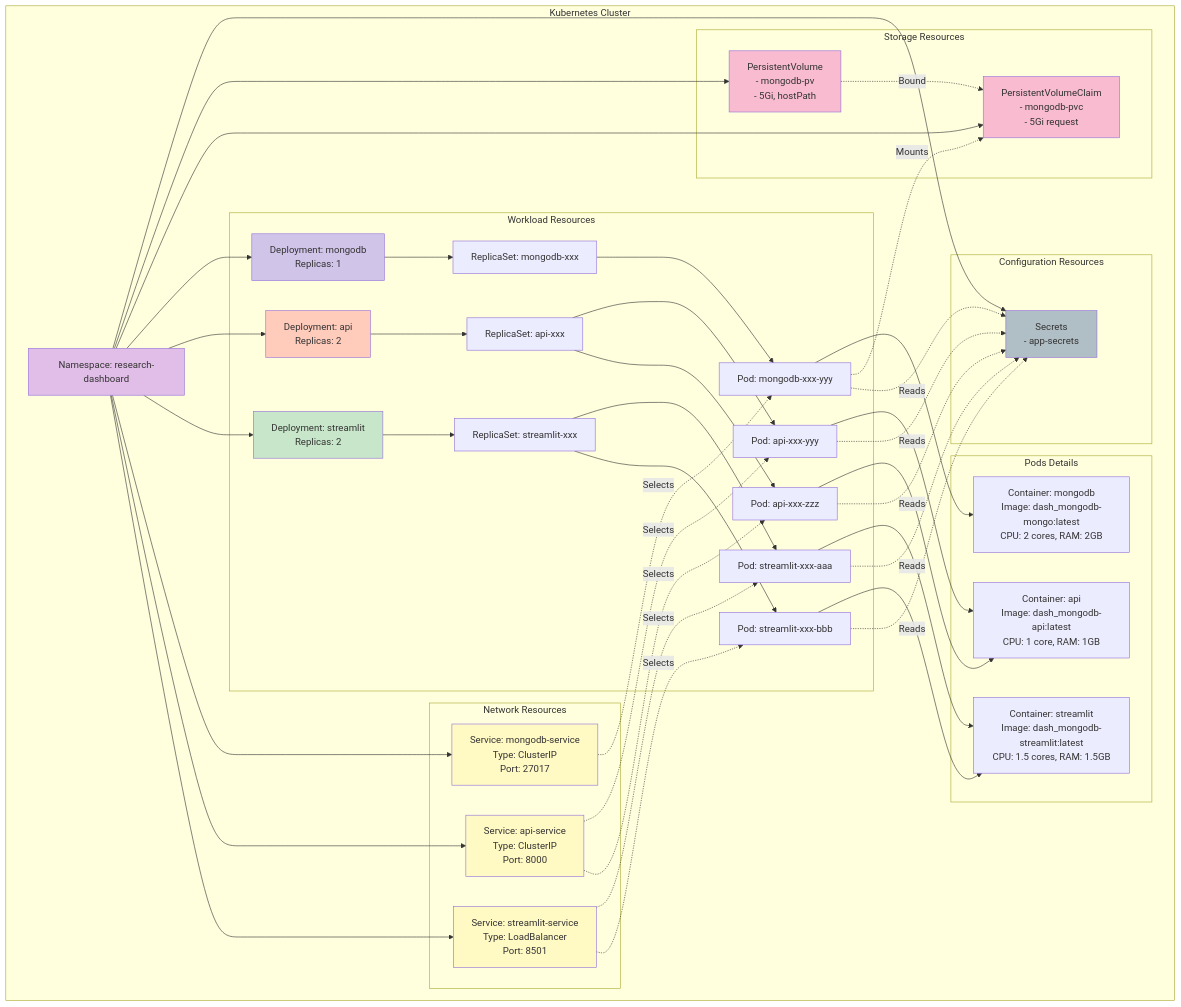
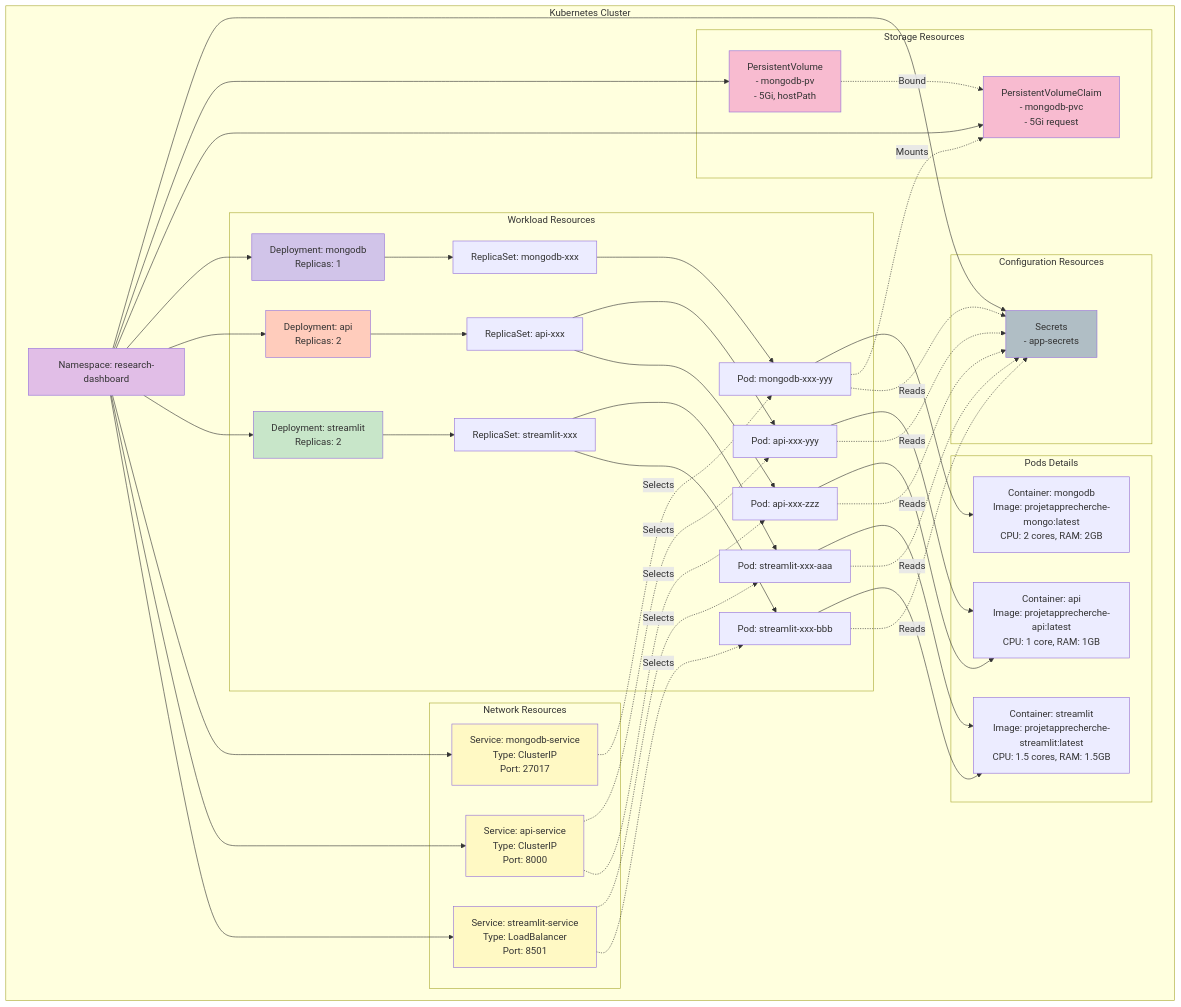
The fifth of 8 diagrams in k8s/docs/ARCHITECTURE.md (ghostondancefloor/Projet_APP_Recherche), drawn with Mermaid before and after one commit. The commit also changed 4 other files, not shown here.

```diff
--- a/k8s/docs/ARCHITECTURE.md
+++ b/k8s/docs/ARCHITECTURE.md
@@ -316,9 +316,9 @@
         end
         
         subgraph "Pods Details"
-            C1[Container: mongodb<br/>Image: dash_mongodb-mongo:latest<br/>CPU: 2 cores, RAM: 2GB]
-            C2[Container: api<br/>Image: dash_mongodb-api:latest<br/>CPU: 1 core, RAM: 1GB]
-            C3[Container: streamlit<br/>Image: dash_mongodb-streamlit:latest<br/>CPU: 1.5 cores, RAM: 1.5GB]
+            C1[Container: mongodb<br/>Image: projetapprecherche-mongo:latest<br/>CPU: 2 cores, RAM: 2GB]
+            C2[Container: api<br/>Image: projetapprecherche-api:latest<br/>CPU: 1 core, RAM: 1GB]
+            C3[Container: streamlit<br/>Image: projetapprecherche-streamlit:latest<br/>CPU: 1.5 cores, RAM: 1.5GB]
         end
     end
     
```
